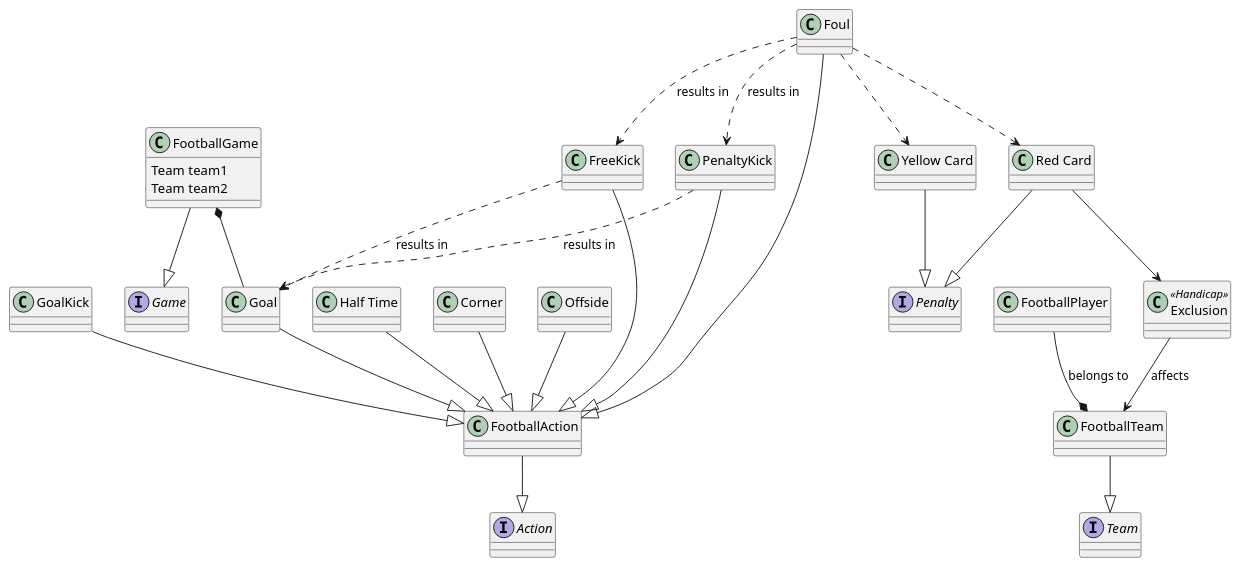
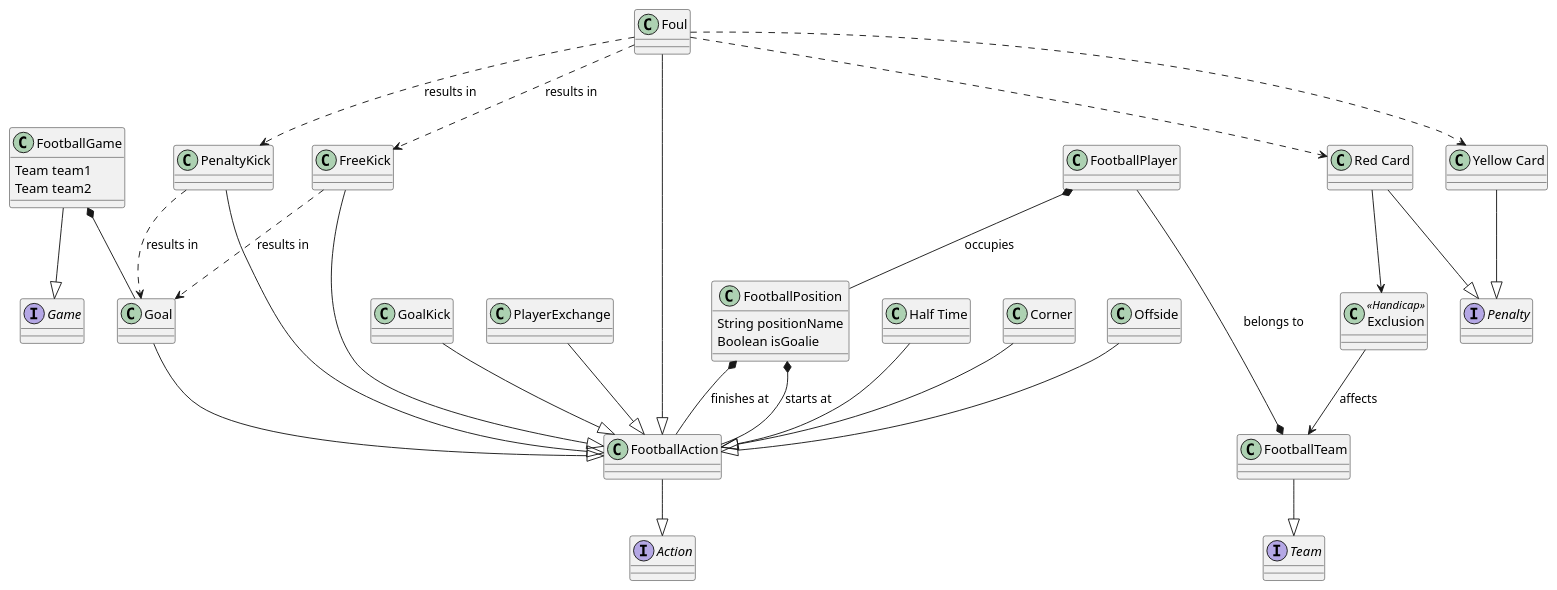
The second of 3 diagrams in docs/diagrams/classes.puml (chibyhq/Lutte), drawn with PlantUML before and after one commit. The commit also changed other lines of this file, not shown here.

```diff
--- a/docs/diagrams/classes.puml
+++ b/docs/diagrams/classes.puml
@@ -67,52 +67,61 @@
 @startuml "Football example"
 
 interface Action
 interface Penalty
 interface Team
 interface Game
 
 class FootballGame {
     Team team1
     Team team2
 }
 
 FootballGame --|> Game 
 FootballGame *-- Goal
 
 class FootballAction {
 
 }
 
 FootballAction --|> Action
 
 class FootballTeam
 FootballTeam --|> Team
 
 class FootballPlayer
 FootballPlayer --* FootballTeam : belongs to
 
+class FootballPosition {
+    String positionName
+    Boolean isGoalie
+}
+FootballPlayer *-- FootballPosition : occupies
+FootballPosition *-- FootballAction : starts at
+FootballPosition *-- FootballAction : finishes at
+
 class HalfTime as "Half Time"
 
 Goal --|> FootballAction
 HalfTime --|> FootballAction
 Corner --|> FootballAction
 Offside --|> FootballAction
 Foul --|> FootballAction
 PenaltyKick --|> FootballAction
 FreeKick --|> FootballAction
 GoalKick --|> FootballAction
+PlayerExchange --|> FootballAction
 
 Foul ..> "Yellow Card"
 Foul ..> "Red Card"
 
 Foul ..> PenaltyKick : results in
 Foul ..> FreeKick : results in
 PenaltyKick ..> Goal : results in
 FreeKick ..> Goal : results in
 "Yellow Card" --|> Penalty
 "Red Card" --|> Penalty
 
 class Exclusion <<Handicap>>
 "Red Card" --> Exclusion
 Exclusion --> FootballTeam : affects
 @enduml
```
